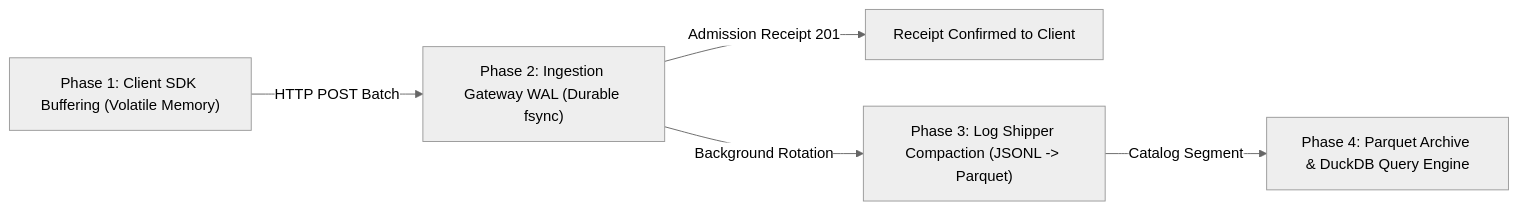
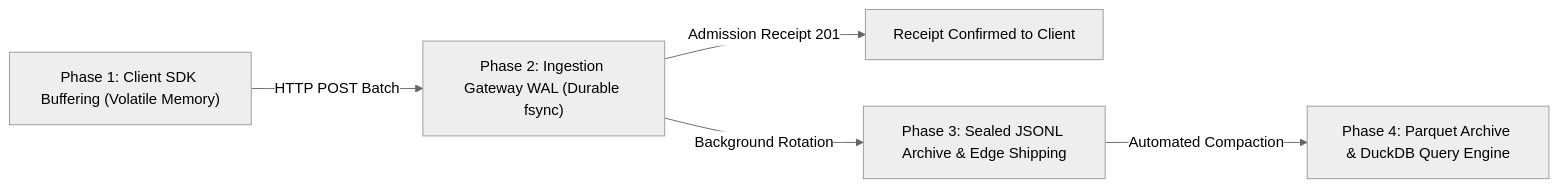
The diagram in docs/06-LOGGING-AND-STORAGE.md (SkyraTech/skyra-log-hub), drawn with Mermaid (neutral theme) before and after one commit. The commit also changed other lines of this file and 19 other files, not shown here.

Commit message:
feat(storage): implement nondestructive background parquet compaction [Q-06E]

````diff
--- a/docs/06-LOGGING-AND-STORAGE.md
+++ b/docs/06-LOGGING-AND-STORAGE.md
@@ -65,7 +65,7 @@
 ```mermaid
 flowchart LR
     A["Phase 1: Client SDK Buffering (Volatile Memory)"] -->|"HTTP POST Batch"| B["Phase 2: Ingestion Gateway WAL (Durable fsync)"]
     B -->|"Admission Receipt 201"| C["Receipt Confirmed to Client"]
-    B -->|"Background Rotation"| D["Phase 3: Log Shipper Compaction (JSONL -> Parquet)"]
-    D -->|"Catalog Segment"| E["Phase 4: Parquet Archive & DuckDB Query Engine"]
+    B -->|"Background Rotation"| D["Phase 3: Sealed JSONL Archive & Edge Shipping"]
+    D -->|"Automated Compaction"| E["Phase 4: Parquet Archive & DuckDB Query Engine"]
 ```
````
